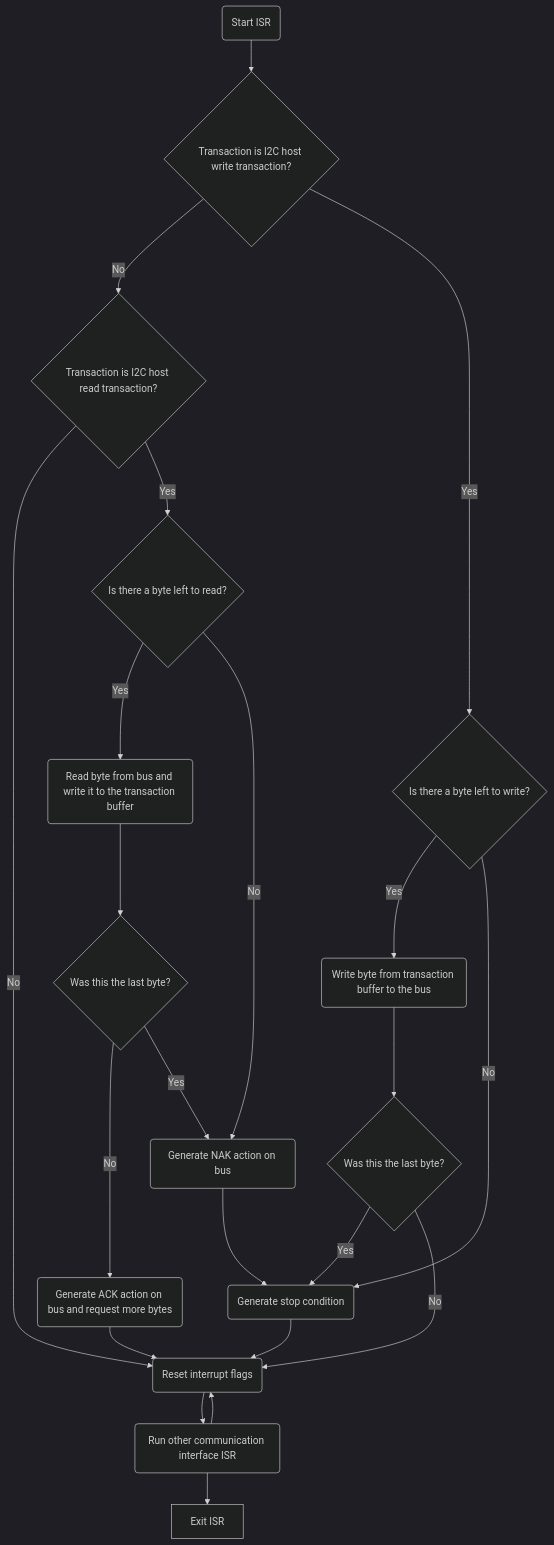
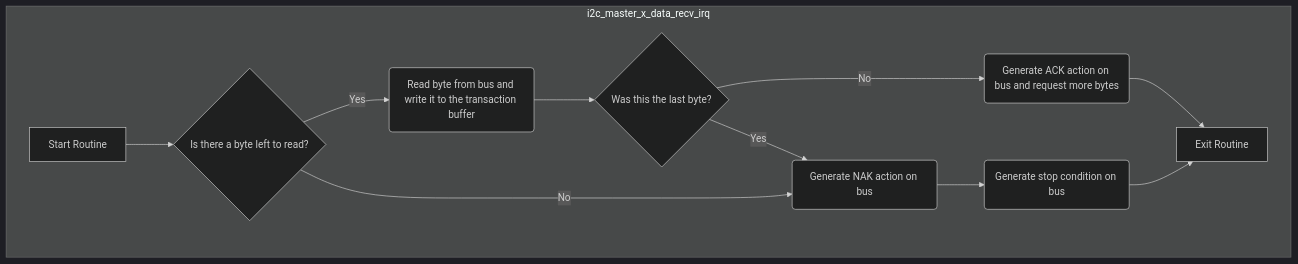
One commit to RobotPatient/Universal_hal changed the third of 3 diagrams in docs/API/i2c_compatibility.md. Above: the diagram before and after it, drawn with Mermaid (dark theme). The commit also changed other lines of this file, not shown here.

Commit message:
-add diagrams

````diff
--- a/docs/API/i2c_compatibility.md
+++ b/docs/API/i2c_compatibility.md
@@ -18,27 +56,16 @@
 ```mermaid
-flowchart TD
-    START(Start ISR) --> TRANSACTIONTYPEW{Transaction is I2C host write transaction?}
-   
-    TRANSACTIONTYPEW--> |No| TRANSACTIONTYPER{Transaction is I2C host read transaction?}
-    TRANSACTIONTYPEW--> |Yes| BYTETOWRITE{Is there a byte left to write?}
-    BYTETOWRITE --> |Yes| WRITEBYTE(Write byte from transaction buffer to the bus)
-    WRITEBYTE --> LASTBYTEW{Was this the last byte?}
-    LASTBYTEW --> |Yes| GENERATEI2CSTOP
-    LASTBYTEW --> |No| RESET_INTFLAG(Reset interrupt flags)
-    BYTETOWRITE --> |No| GENERATEI2CSTOP(Generate stop condition)
-    TRANSACTIONTYPER--> |No| RESET_INTFLAG
-    TRANSACTIONTYPER --> |Yes| BYTETOREAD{Is there a byte left to read?}
+ flowchart TD
+    subgraph  i2c_master_x_data_recv_irq
+    START[Start Routine] --> BYTETOREAD
+    EXIT[Exit Routine]
+    BYTETOREAD{Is there a byte left to read?}
     BYTETOREAD --> |Yes| READBYTE(Read byte from bus and write it to the transaction buffer)
-
     READBYTE --> LASTBYTER{Was this the last byte?}
     LASTBYTER --> |No| GENERATEACK(Generate ACK action on bus and request more bytes)
-    GENERATEACK --> RESET_INTFLAG
+    GENERATEACK --> EXIT
     LASTBYTER --> |Yes| GENERATENAK
-    GENERATENAK --> GENERATEI2CSTOP
+    GENERATENAK --> GENERATEI2CSTOP(Generate stop condition on bus)
+    GENERATEI2CSTOP--> EXIT
     BYTETOREAD --> |No| GENERATENAK(Generate NAK action on bus)    
-    GENERATEI2CSTOP --> RESET_INTFLAG
-    OTHERISR --> RESET_INTFLAG
-    RESET_INTFLAG --> OTHERISR(Run other communication interface ISR)  
-    OTHERISR --> EXIT[Exit ISR]
-
+    end
 ```
````
